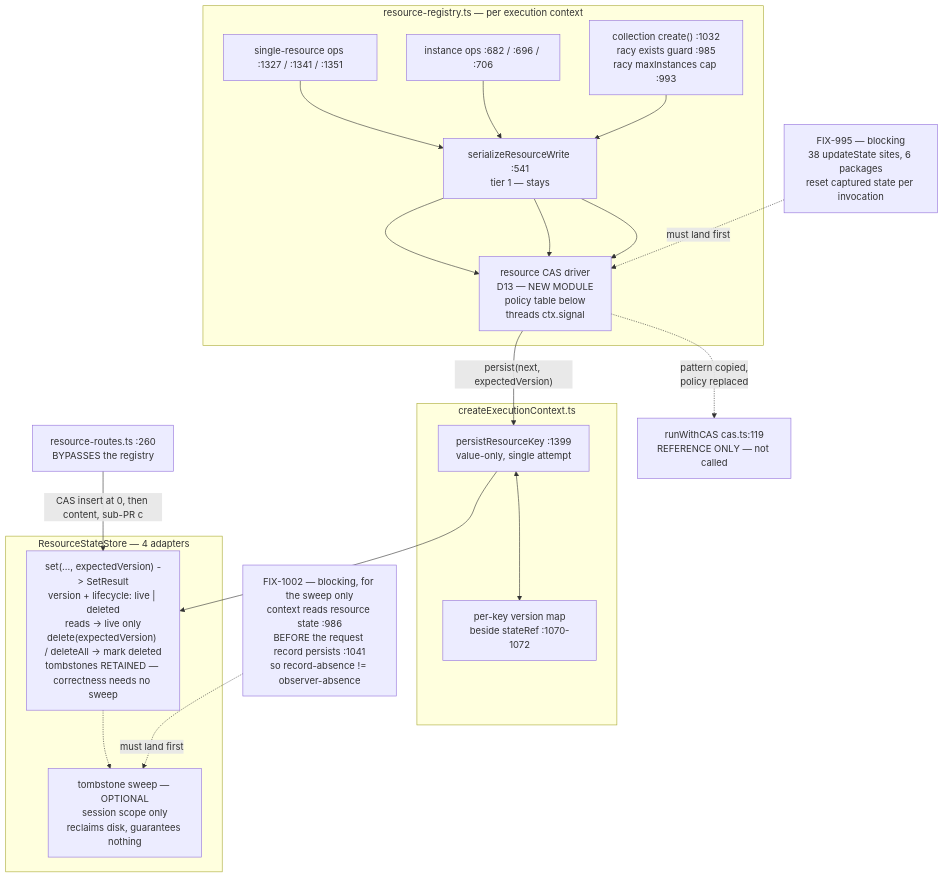
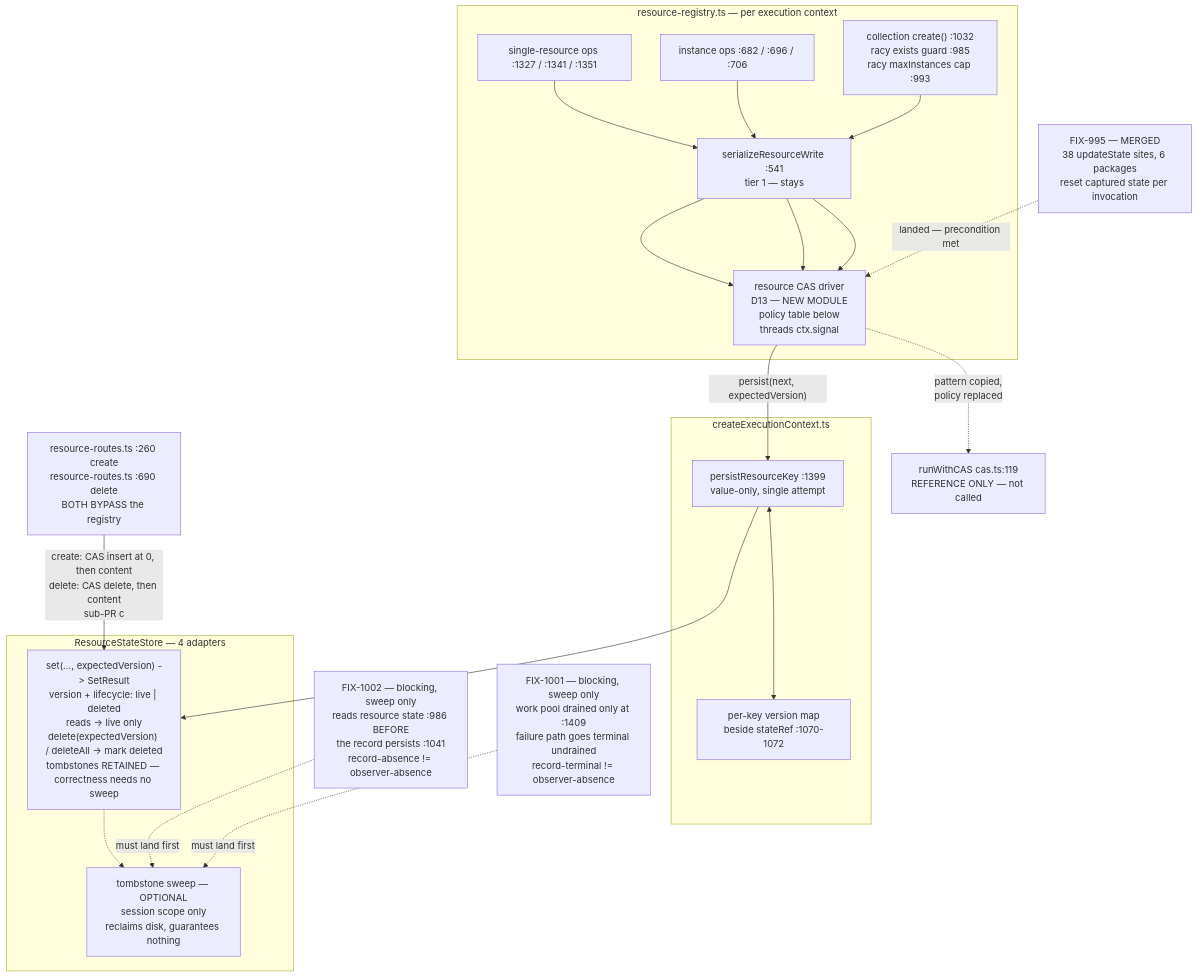
One commit to fixpoint-labs/flow-state-dev changed the diagram in docs/specs/FIX-992.md. Above: the diagram before and after it, drawn with Mermaid. The commit also changed other lines of this file, not shown here.

````diff
--- a/docs/specs/FIX-992.md
+++ b/docs/specs/FIX-992.md
@@ -218,33 +227,35 @@
 ```mermaid
 flowchart TD
-    F995["FIX-995 — blocking<br/>38 updateState sites, 6 packages<br/>reset captured state per invocation"]
+    F995["FIX-995 — MERGED<br/>38 updateState sites, 6 packages<br/>reset captured state per invocation"]
     subgraph reg["resource-registry.ts — per execution context"]
       A1["single-resource ops :1327 / :1341 / :1351"]
       A2["instance ops :682 / :696 / :706"]
       A3["collection create() :1032<br/>racy exists guard :985<br/>racy maxInstances cap :993"]
       Q["serializeResourceWrite :541<br/>tier 1 — stays"]
       CAS["resource CAS driver<br/>D13 — NEW MODULE<br/>policy table below<br/>threads ctx.signal"]
       A1 --> Q --> CAS
       A2 --> Q --> CAS
       A3 --> Q --> CAS
     end
-    F995 -.->|"must land first"| CAS
+    F995 -.->|"landed — precondition met"| CAS
     subgraph ctx["createExecutionContext.ts"]
       CP["persistResourceKey :1399<br/>value-only, single attempt"]
       VC["per-key version map<br/>beside stateRef :1070-1072"]
       CP <--> VC
     end
     CAS -->|"persist(next, expectedVersion)"| CP
-    R["resource-routes.ts :260<br/>BYPASSES the registry"]
+    R["resource-routes.ts :260 create<br/>resource-routes.ts :690 delete<br/>BOTH BYPASS the registry"]
     subgraph store["ResourceStateStore — 4 adapters"]
       S["set(..., expectedVersion) -> SetResult<br/>version + lifecycle: live | deleted<br/>reads -> live only<br/>delete(expectedVersion) / deleteAll -> mark deleted<br/>tombstones RETAINED — correctness needs no sweep"]
       SW["tombstone sweep — OPTIONAL<br/>session scope only<br/>reclaims disk, guarantees nothing"]
       S -.-> SW
     end
-    F1002["FIX-1002 — blocking, for the sweep only<br/>context reads resource state :986<br/>BEFORE the request record persists :1041<br/>so record-absence != observer-absence"]
+    F1002["FIX-1002 — blocking, sweep only<br/>reads resource state :986 BEFORE<br/>the record persists :1041<br/>record-absence != observer-absence"]
+    F1001["FIX-1001 — blocking, sweep only<br/>work pool drained only at :1409<br/>failure path goes terminal undrained<br/>record-terminal != observer-absence"]
     F1002 -.->|"must land first"| SW
+    F1001 -.->|"must land first"| SW
     CP --> S
-    R -->|"CAS insert at 0, then content, sub-PR c"| S
+    R -->|"create: CAS insert at 0, then content<br/>delete: CAS delete, then content<br/>sub-PR c"| S
     REF["runWithCAS cas.ts:119<br/>REFERENCE ONLY — not called"]
     CAS -.->|"pattern copied,<br/>policy replaced"| REF
 ```
````
